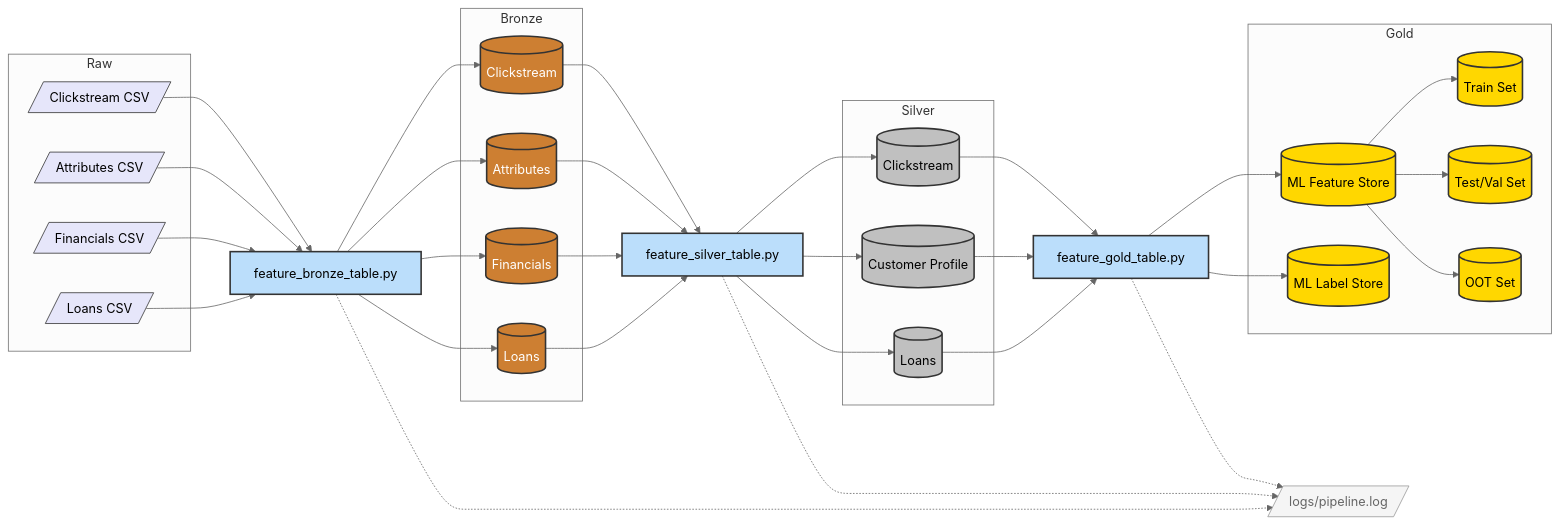
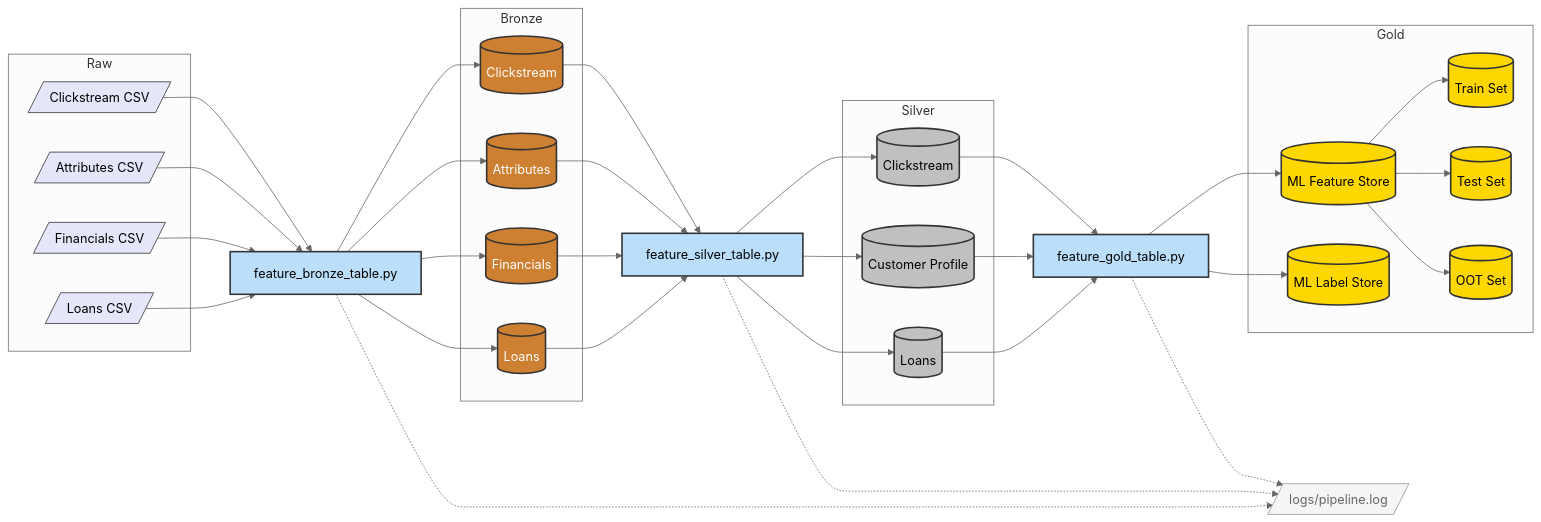
The diagram in docs/architecture_v3.md (siranishkd/predictive-loan-default-modelling), drawn with Mermaid (neutral theme) before and after one commit.

Commit message:
Update diagram node to say Test Set instead of Test/Val Set

````diff
--- a/docs/architecture_v3.md
+++ b/docs/architecture_v3.md
@@ -9,82 +9,82 @@
 ```mermaid
 graph LR
     classDef bronze fill:#cd7f32,stroke:#333,stroke-width:2px,color:#fff
     classDef silver fill:#c0c0c0,stroke:#333,stroke-width:2px,color:#000
     classDef gold fill:#ffd700,stroke:#333,stroke-width:2px,color:#000
     classDef raw fill:#e6e6fa,stroke:#333,stroke-width:1px,color:#000
     classDef process fill:#bbdefb,stroke:#333,stroke-width:2px,color:#000
     classDef log fill:#f5f5f5,stroke:#999,stroke-width:1px,color:#666
 
     %% Raw Layer
     subgraph Raw
         R1[/Clickstream CSV/]:::raw
         R2[/Attributes CSV/]:::raw
         R3[/Financials CSV/]:::raw
         R4[/Loans CSV/]:::raw
     end
 
     %% Bronze Layer
     P1[feature_bronze_table.py]:::process
 
     subgraph Bronze
         B1[(Clickstream)]:::bronze
         B2[(Attributes)]:::bronze
         B3[(Financials)]:::bronze
         B4[(Loans)]:::bronze
     end
 
     R1 --> P1
     R2 --> P1
     R3 --> P1
     R4 --> P1
     P1 --> B1
     P1 --> B2
     P1 --> B3
     P1 --> B4
 
     %% Silver Layer
     P2[feature_silver_table.py]:::process
 
     subgraph Silver
         S1[(Clickstream)]:::silver
         S2[(Customer Profile)]:::silver
         S3[(Loans)]:::silver
     end
 
     B1 --> P2
     B2 --> P2
     B3 --> P2
     B4 --> P2
     P2 --> S1
     P2 --> S2
     P2 --> S3
 
     %% Gold Layer
     P3[feature_gold_table.py]:::process
 
     subgraph Gold
         G1[(ML Feature Store)]:::gold
         G2[(ML Label Store)]:::gold
         
         %% Splits
         G_Train[(Train Set)]:::gold
-        G_Test[(Test/Val Set)]:::gold
+        G_Test[(Test Set)]:::gold
         G_OOT[(OOT Set)]:::gold
     end
 
     S1 --> P3
     S2 --> P3
     S3 --> P3
     P3 --> G1
     P3 --> G2
     
     G1 --> G_Train
     G1 --> G_Test
     G1 --> G_OOT
 
     %% Logging — sits below, small
     LOG[/logs/pipeline.log/]:::log
     P1 -.-> LOG
     P2 -.-> LOG
     P3 -.-> LOG
 ```
````
